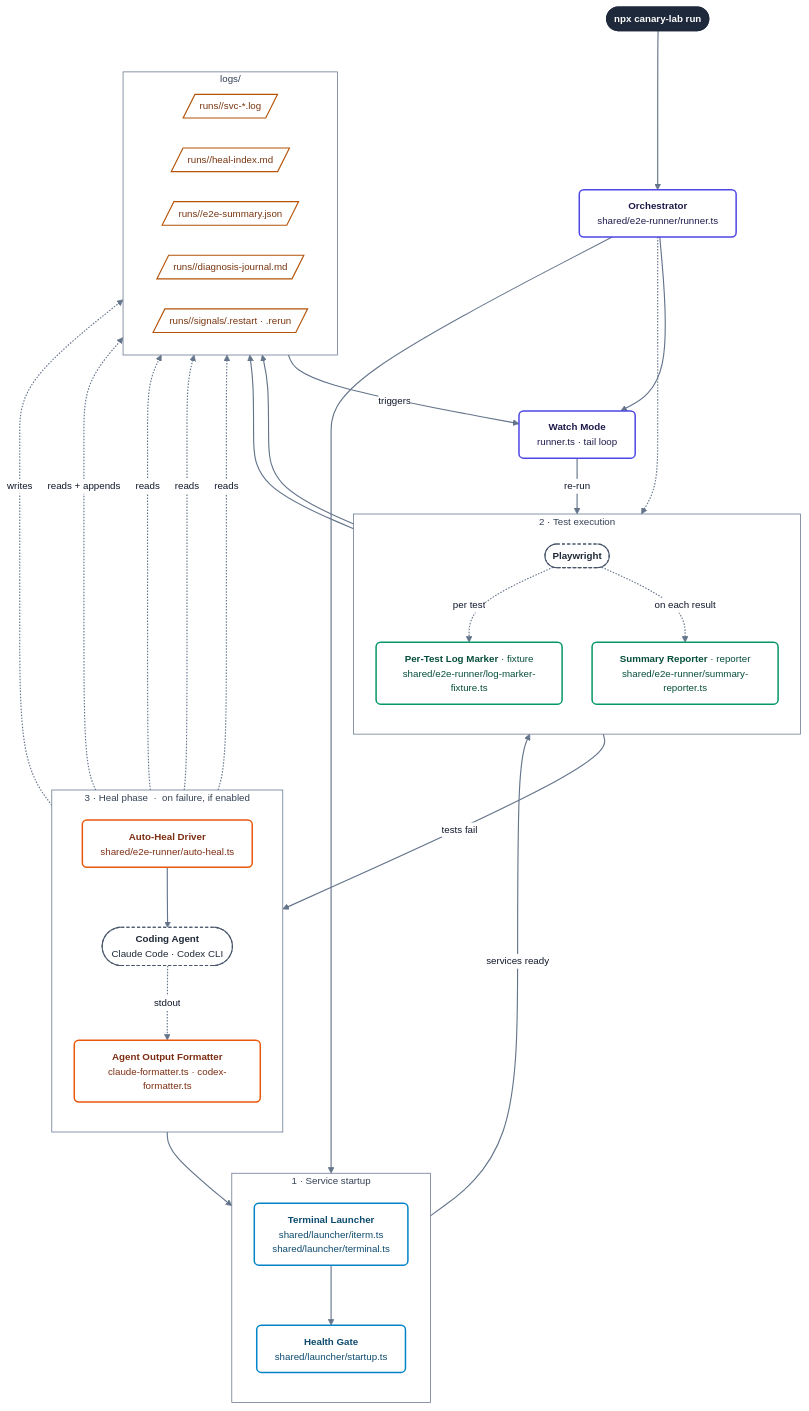
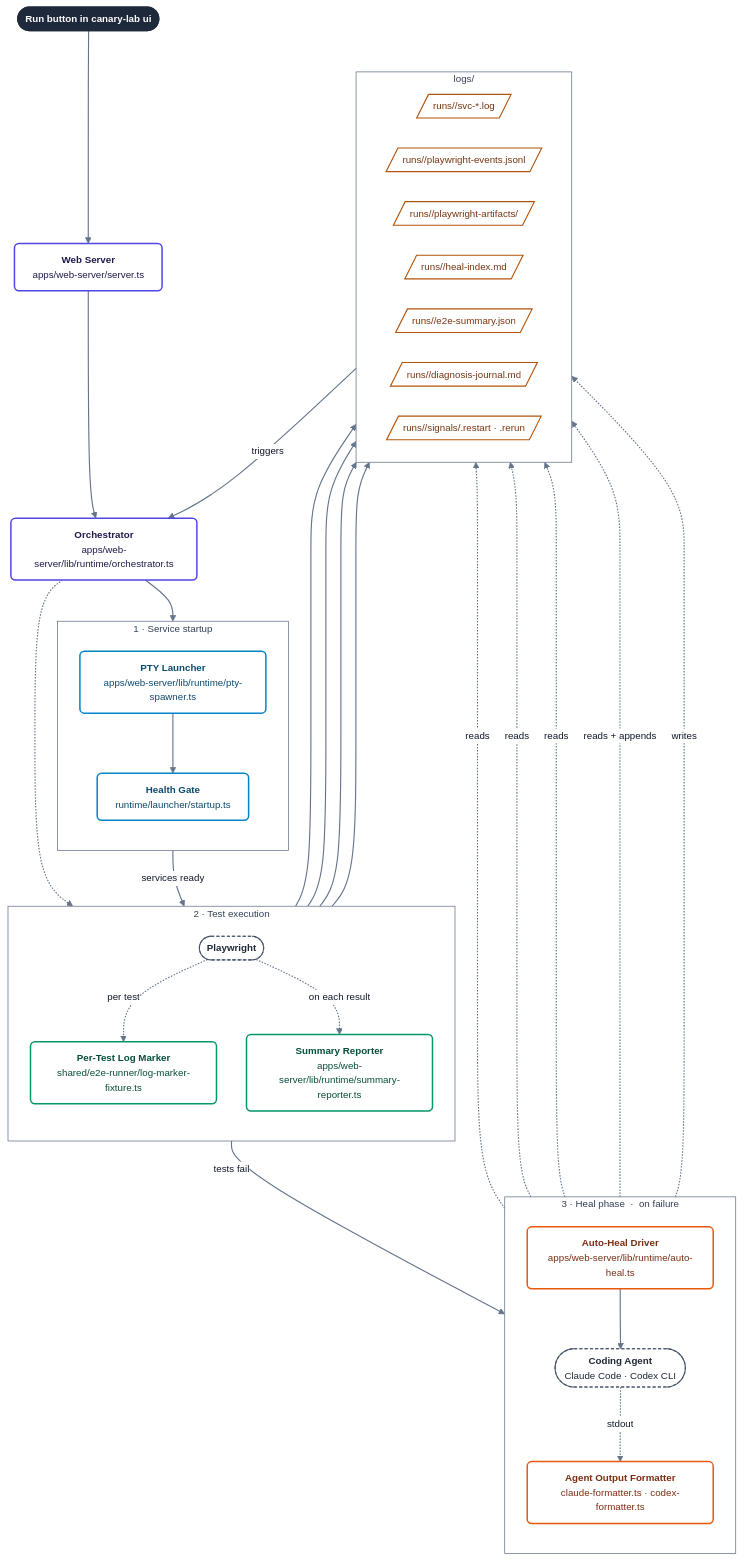
Before and after one commit to ferterahadi/canary-lab: the second of 2 diagrams in README.md, drawn with Mermaid. The commit also changed other lines of this file and 34 other files, not shown here.

```diff
--- a/README.md
+++ b/README.md
@@ -240,26 +226,26 @@
   "flowchart": { "curve": "basis", "nodeSpacing": 40, "rankSpacing": 55, "padding": 12 }
 }}%%
 flowchart TD
-    user(["<b>npx canary-lab run</b>"]):::entry
-
-    orchestrator["<b>Orchestrator</b><br/>shared/e2e-runner/runner.ts"]:::core
+    user(["<b>Run button in canary-lab ui</b>"]):::entry
+    server["<b>Web Server</b><br/>apps/web-server/server.ts"]:::core
+    orchestrator["<b>Orchestrator</b><br/>apps/web-server/lib/runtime/orchestrator.ts"]:::core
 
     subgraph phase1["&nbsp;1 · Service startup&nbsp;"]
         direction TB
-        launcher["<b>Terminal Launcher</b><br/>shared/launcher/iterm.ts<br/>shared/launcher/terminal.ts"]:::svc
-        health["<b>Health Gate</b><br/>shared/launcher/startup.ts"]:::svc
+        launcher["<b>PTY Launcher</b><br/>apps/web-server/lib/runtime/pty-spawner.ts"]:::svc
+        health["<b>Health Gate</b><br/>runtime/launcher/startup.ts"]:::svc
     end
 
     subgraph phase2["&nbsp;2 · Test execution&nbsp;"]
         direction TB
         pw(["<b>Playwright</b>"]):::ext
-        logMarker["<b>Per-Test Log Marker</b> · fixture<br/>shared/e2e-runner/log-marker-fixture.ts"]:::hook
-        reporter["<b>Summary Reporter</b> · reporter<br/>shared/e2e-runner/summary-reporter.ts"]:::hook
+        logMarker["<b>Per-Test Log Marker</b><br/>shared/e2e-runner/log-marker-fixture.ts"]:::hook
+        reporter["<b>Summary Reporter</b><br/>apps/web-server/lib/runtime/summary-reporter.ts"]:::hook
     end
 
-    subgraph phase3["&nbsp;3 · Heal phase &nbsp;·&nbsp; on failure, if enabled&nbsp;"]
+    subgraph phase3["&nbsp;3 · Heal phase &nbsp;·&nbsp; on failure&nbsp;"]
         direction TB
-        autoHeal["<b>Auto-Heal Driver</b><br/>shared/e2e-runner/auto-heal.ts"]:::heal
+        autoHeal["<b>Auto-Heal Driver</b><br/>apps/web-server/lib/runtime/auto-heal.ts"]:::heal
         formatter["<b>Agent Output Formatter</b><br/>claude-formatter.ts · codex-formatter.ts"]:::heal
         agent(["<b>Coding Agent</b><br/>Claude Code · Codex CLI"]):::ext
     end
@@ -267,15 +253,15 @@
     subgraph artifacts["&nbsp;logs/&nbsp;"]
         direction LR
         svclog[/"runs/<runId>/svc-*.log"/]:::artifact
+        events[/"runs/<runId>/playwright-events.jsonl"/]:::artifact
+        pwartifacts[/"runs/<runId>/playwright-artifacts/"/]:::artifact
         healindex[/"runs/<runId>/heal-index.md"/]:::artifact
         summaryjson[/"runs/<runId>/e2e-summary.json"/]:::artifact
         journal[/"runs/<runId>/diagnosis-journal.md"/]:::artifact
         signals[/"runs/<runId>/signals/.restart · .rerun"/]:::artifact
     end
 
-    watcher["<b>Watch Mode</b><br/>runner.ts · tail loop"]:::core
-
-    user --> orchestrator
+    user --> server --> orchestrator
     orchestrator --> launcher --> health
     health ==>|services ready| pw
     orchestrator -.-> pw
@@ -284,9 +270,10 @@
     logMarker --> svclog
     pw -.->|on each result| reporter
     reporter --> summaryjson
+    reporter --> events
+    pw --> pwartifacts
 
     pw ==>|tests fail| autoHeal
-    autoHeal --> launcher
     autoHeal --> agent
     agent -.->|stdout| formatter
     agent -.->|reads| healindex
@@ -294,10 +281,7 @@
     agent -.->|reads| svclog
     agent -.->|reads + appends| journal
     agent -.->|writes| signals
-
-    orchestrator --> watcher
-    signals ==>|triggers| watcher
-    watcher -->|re-run| pw
+    signals ==>|triggers| orchestrator
 
     classDef entry fill:#1e293b,color:#ffffff,stroke:#1e293b,stroke-width:1.5px,rx:14,ry:14
     classDef core fill:#ffffff,color:#1e1b4b,stroke:#4f46e5,stroke-width:2px,rx:6,ry:6
```
